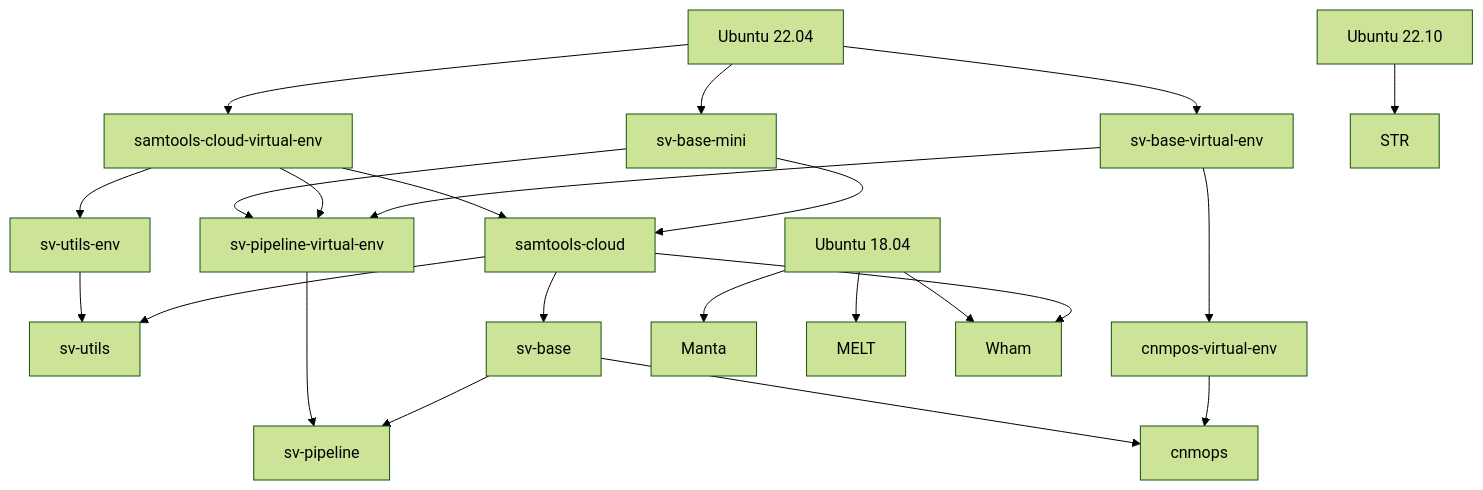
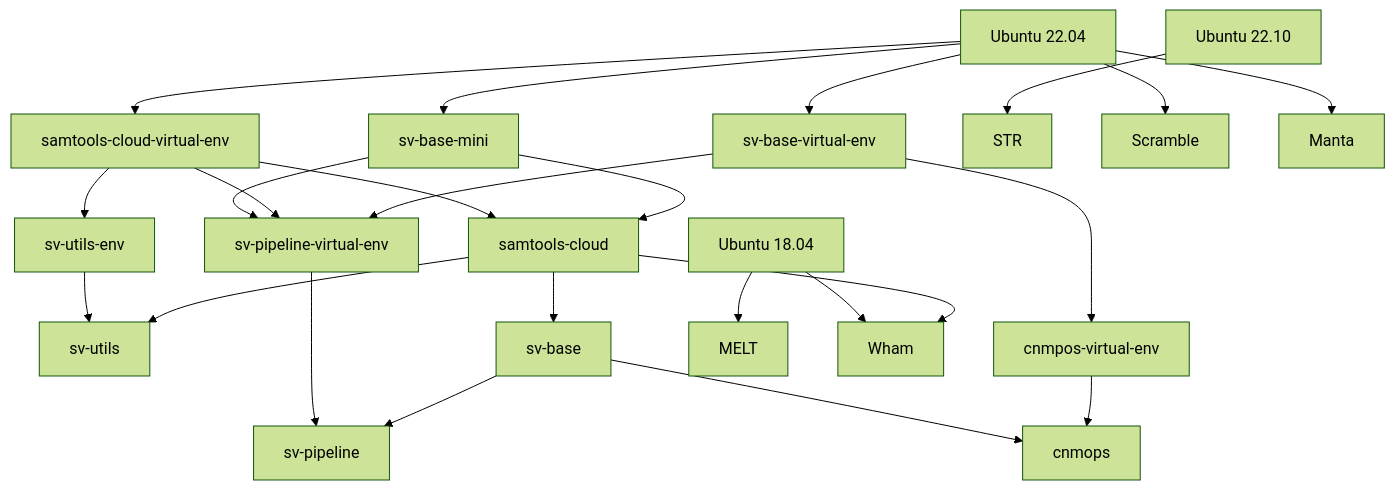
One commit to broadinstitute/gatk-sv changed the diagram in website/docs/advanced/docker/images.md. Above: the diagram before and after it, drawn with Mermaid (forest theme). The commit also changed other lines of this file and 2 other files, not shown here.

Commit message:
Add Scramble docker to the build script & update docs (#608)
* Add scramble to build_docker.py.

* Update docs to include the Scramble docker image.

* Manta docker image is now based on the ubuntu 22.04 image.

````diff
--- a/website/docs/advanced/docker/images.md
+++ b/website/docs/advanced/docker/images.md
@@ -30,16 +30,17 @@
 ```mermaid
 flowchart TD
-    ubuntu22[Ubuntu 22.04] --> svbasemini[sv-base-mini] & samtoolsenv[samtools-cloud-virtual-env] & svbaseenv[sv-base-virtual-env]
+    ubuntu2204[Ubuntu 22.04] --> svbasemini[sv-base-mini] & samtoolsenv[samtools-cloud-virtual-env] & svbaseenv[sv-base-virtual-env]
     svbasemini & samtoolsenv & svbaseenv --> svpipelineenv[sv-pipeline-virtual-env]
     samtoolsenv --> samtoolscloud[samtools-cloud] & svutilsenv[sv-utils-env]
     svbasemini --> samtoolscloud
     svutilsenv --> svutils[sv-utils]
     samtoolscloud --> svutils & svbase[sv-base]
     svpipelineenv & svbase --> svpipeline[sv-pipeline]
     svbaseenv --> cnmopsenv[cnmpos-virtual-env]
     svbase & cnmopsenv --> cnmpos[cnmops]
 
-    ubuntu18[Ubuntu 18.04] --> manta[Manta] & melt[MELT] & wham[Wham]
+    ubuntu1804[Ubuntu 18.04] --> melt[MELT] & wham[Wham]
     samtoolscloud --> wham
     ubuntu2210[Ubuntu 22.10] --> str[STR]
+    ubuntu2204 --> scramble[Scramble] & manta[Manta]
 ```
````
